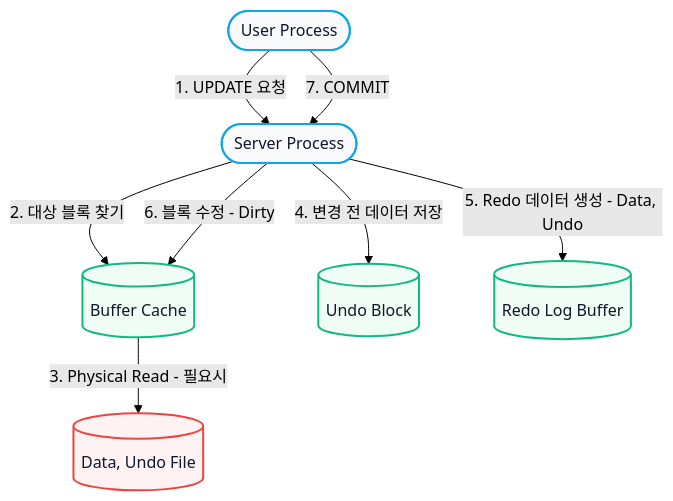
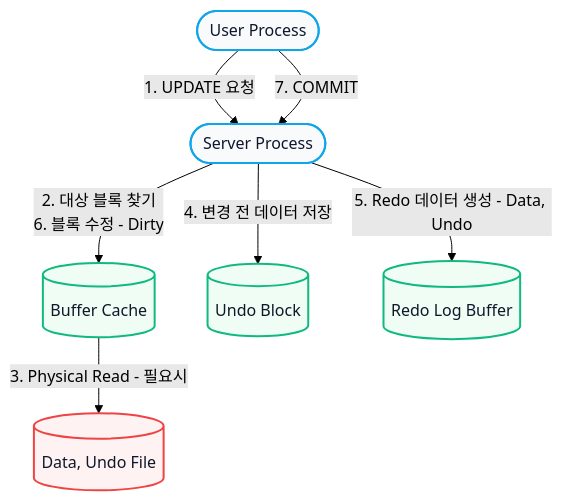
The third of 4 diagrams in assets/lessons/visit-service/sql_execution_flow.md (kkcskill-dot/TS_edu), drawn with Mermaid (forest theme) before and after one commit. The commit also changed other lines of this file, not shown here.

Commit message:
style: merge overlapping edges in DML mermaid diagrams for better readability

````diff
--- a/assets/lessons/visit-service/sql_execution_flow.md
+++ b/assets/lessons/visit-service/sql_execution_flow.md
@@ -89,24 +88,23 @@
 ```mermaid
 flowchart TD
     UP([User Process])
     SP([Server Process])
     BC[(Buffer Cache)]
     Undo[(Undo Block)]
     Redo[(Redo Log Buffer)]
     DF[(Data, Undo File)]
 
-    UP -->|1. UPDATE 요청| SP
-    SP -->|2. 대상 블록 찾기| BC
-    BC -->|3. Physical Read - 필요시| DF
-    SP -->|4. 변경 전 데이터 저장| Undo
-    SP -->|5. Redo 데이터 생성 - Data, Undo| Redo
-    SP -->|6. 블록 수정 - Dirty| BC
-    UP -->|7. COMMIT| SP
+    UP -->|"1. UPDATE 요청"| SP
+    SP -->|"2. 대상 블록 찾기<br/>6. 블록 수정 - Dirty"| BC
+    BC -->|"3. Physical Read - 필요시"| DF
+    SP -->|"4. 변경 전 데이터 저장"| Undo
+    SP -->|"5. Redo 데이터 생성 - Data, Undo"| Redo
+    UP -->|"7. COMMIT"| SP
 
     classDef process fill:#f8fafc,stroke:#0ea5e9,stroke-width:2px,color:#0f172a;
     classDef mem fill:#f0fdf4,stroke:#10b981,stroke-width:2px,color:#0f172a;
     classDef disk fill:#fef2f2,stroke:#ef4444,stroke-width:2px,color:#0f172a;
     class UP,SP process;
     class BC,Undo,Redo mem;
     class DF disk;
 ```
````
